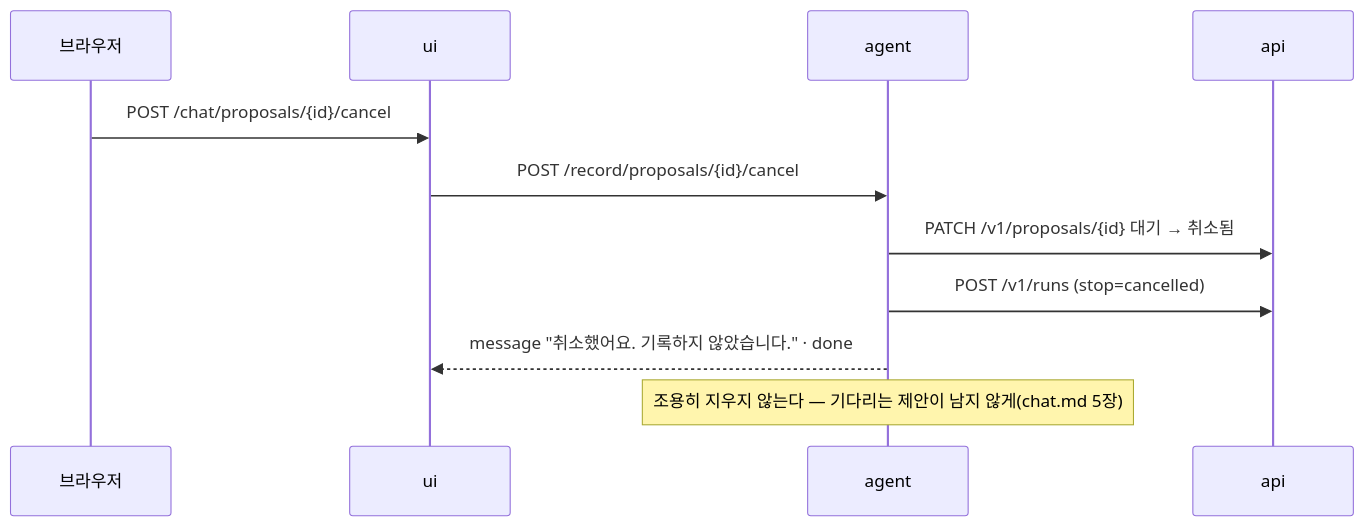
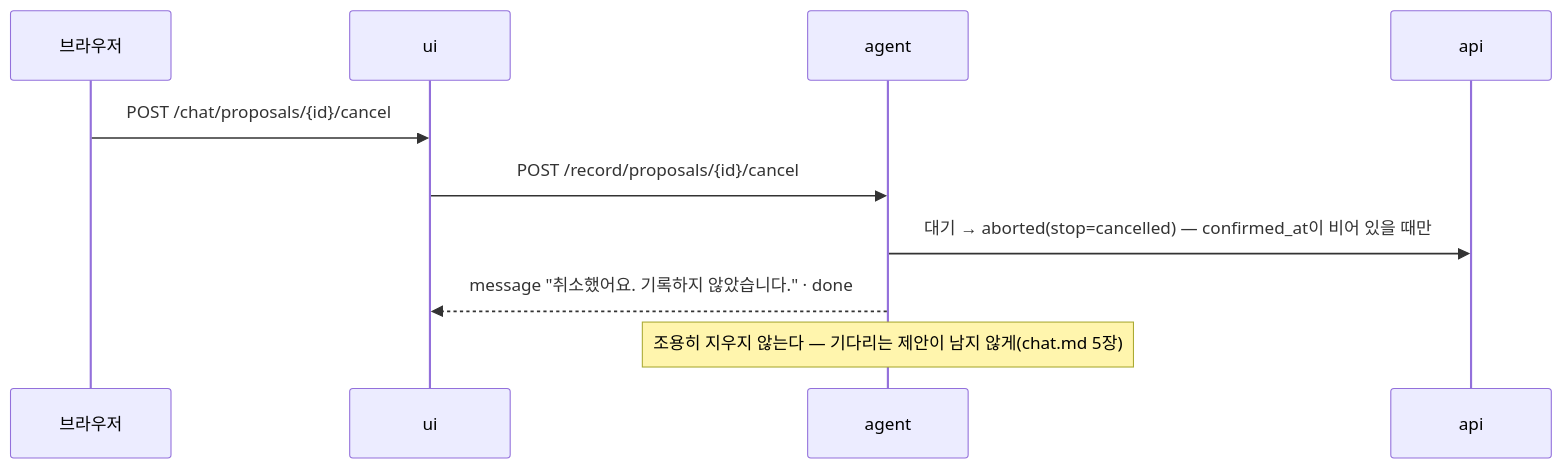
One commit to 2026-ai-service-engineering-a/account-book changed the third of 6 diagrams in docs/ai/chat-capture.md. Above: the diagram before and after it, drawn with Mermaid. The commit also changed other lines of this file, not shown here.

````diff
--- a/docs/ai/chat-capture.md
+++ b/docs/ai/chat-capture.md
@@ -138,13 +137,12 @@
 ```mermaid
 sequenceDiagram
     participant B as 브라우저
     participant U as ui
     participant AG as agent
     participant API as api
     B->>U: POST /chat/proposals/{id}/cancel
     U->>AG: POST /record/proposals/{id}/cancel
-    AG->>API: PATCH /v1/proposals/{id} 대기 → 취소됨
-    AG->>API: POST /v1/runs (stop=cancelled)
+    AG->>API: 대기 → aborted(stop=cancelled) — confirmed_at이 비어 있을 때만
     AG-->>U: message "취소했어요. 기록하지 않았습니다." · done
     Note over AG: 조용히 지우지 않는다 — 기다리는 제안이 남지 않게(chat.md 5장)
 ```
````
